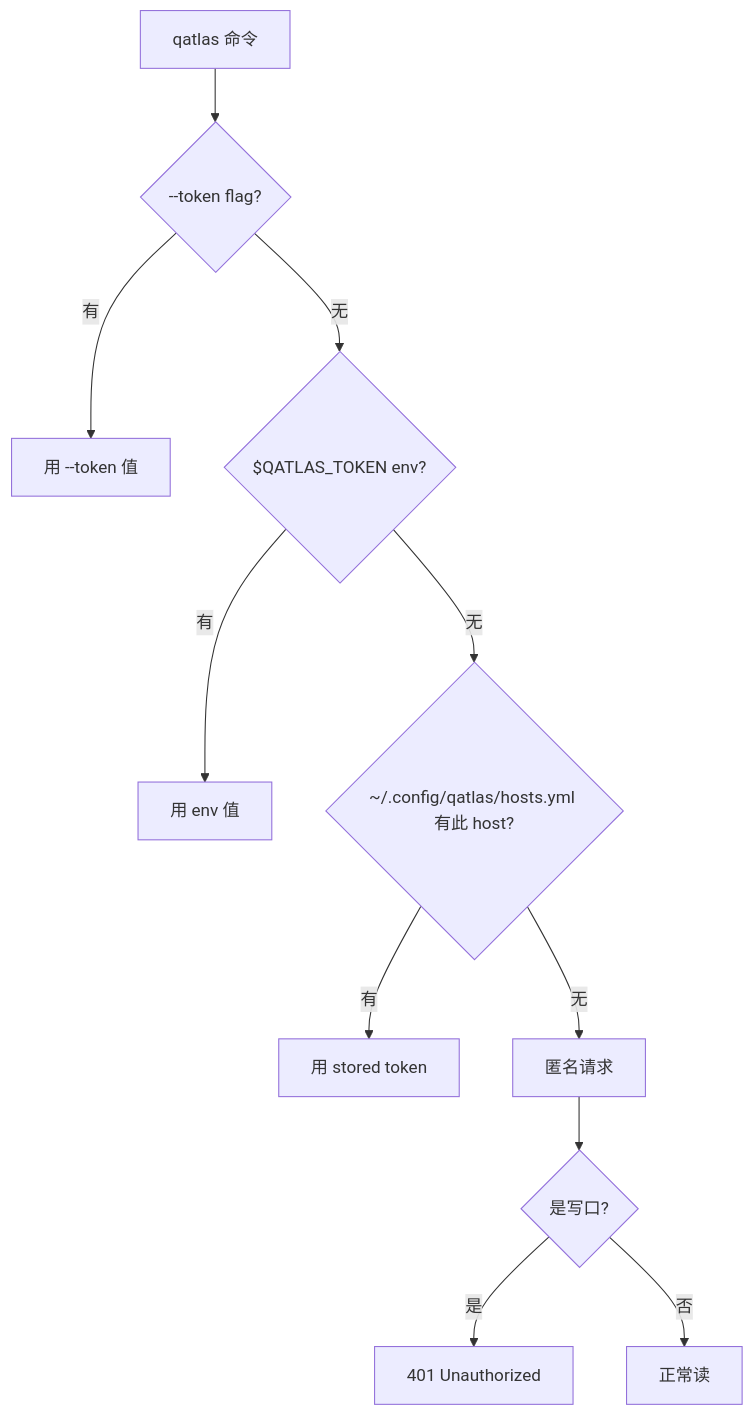
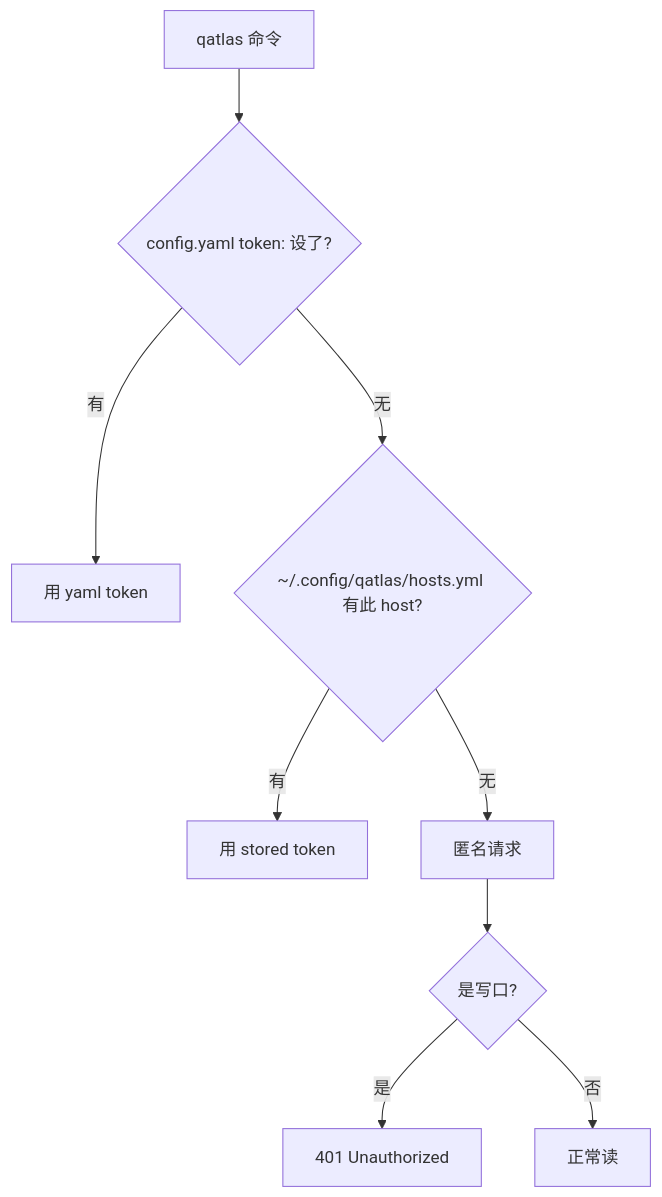
One commit to IAI-USTC-Quantum/QuantumAtlas changed the diagram in docs/guides/manage-credentials.md. Above: the diagram before and after it, drawn with Mermaid. The commit also changed other lines of this file and 8 other files, not shown here.

````diff
--- a/docs/guides/manage-credentials.md
+++ b/docs/guides/manage-credentials.md
@@ -108,13 +108,11 @@
 ```mermaid
 flowchart TD
-    A[qatlas 命令] --> B{--token flag?}
-    B -->|有| H[用 --token 值]
-    B -->|无| C{$QATLAS_TOKEN env?}
-    C -->|有| H2[用 env 值]
-    C -->|无| D{~/.config/qatlas/hosts.yml 有此 host?}
-    D -->|有| H3[用 stored token]
-    D -->|无| H4[匿名请求]
-    H4 --> E{是写口?}
-    E -->|是| R401[401 Unauthorized]
-    E -->|否| OK[正常读]
+    A[qatlas 命令] --> D{config.yaml token: 设了?}
+    D -->|有| H3[用 yaml token]
+    D -->|无| E{~/.config/qatlas/hosts.yml 有此 host?}
+    E -->|有| H4[用 stored token]
+    E -->|无| H5[匿名请求]
+    H5 --> F{是写口?}
+    F -->|是| R401[401 Unauthorized]
+    F -->|否| OK[正常读]
 ```
````
